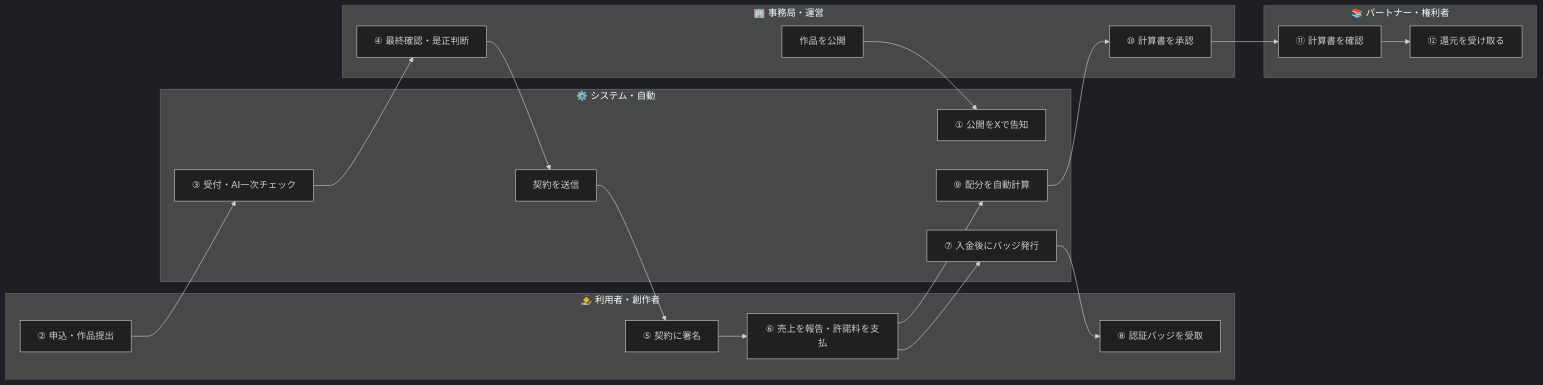
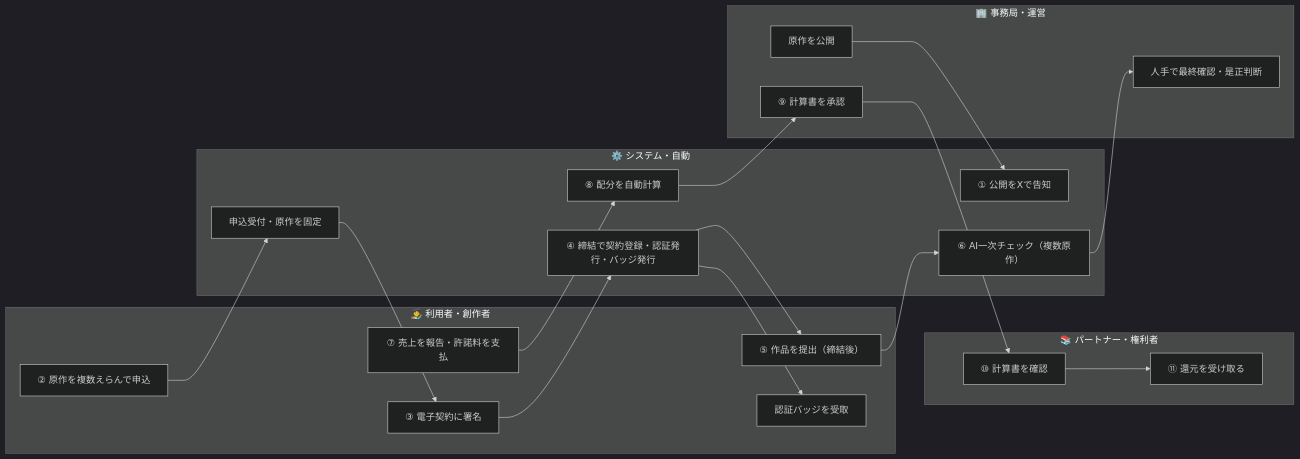
The first of 2 diagrams in docs/SPLL_役割説明資料_v0.1.md (tatsuyakuramchi/SPLL), drawn with Mermaid (dark theme) before and after one commit. The commit also changed other lines of this file and 3 other files, not shown here.

````diff
--- a/docs/SPLL_役割説明資料_v0.1.md
+++ b/docs/SPLL_役割説明資料_v0.1.md
@@ -25,28 +26,30 @@
 ```mermaid
 flowchart LR
   subgraph U["🧑‍🎨 利用者・創作者"]
-    A1["② 申込・作品提出"]
-    A2["⑤ 契約に署名"]
-    A3["⑥ 売上を報告・許諾料を支払"]
-    A9["⑧ 認証バッジを受取"]
+    A1["② 原作を複数えらんで申込"]
+    A2["③ 電子契約に署名"]
+    A4["⑤ 作品を提出（締結後）"]
+    A6["⑦ 売上を報告・許諾料を支払"]
+    A9["認証バッジを受取"]
   end
   subgraph S["⚙️ システム・自動"]
     B0["① 公開をXで告知"]
-    B1["③ 受付・AI一次チェック"]
-    B2["契約を送信"]
-    B7["⑦ 入金後にバッジ発行"]
-    B3["⑨ 配分を自動計算"]
+    B1["申込受付・原作を固定"]
+    B4["④ 締結で契約登録・認証発行・バッジ発行"]
+    B5["⑥ AI一次チェック（複数原作）"]
+    B3["⑧ 配分を自動計算"]
   end
   subgraph O["🏢 事務局・運営"]
-    C0["作品を公開"]
-    C1["④ 最終確認・是正判断"]
-    C3["⑩ 計算書を承認"]
+    C0["原作を公開"]
+    C1["人手で最終確認・是正判断"]
+    C3["⑨ 計算書を承認"]
   end
   subgraph P["📚 パートナー・権利者"]
-    D1["⑪ 計算書を確認"]
-    D2["⑫ 還元を受け取る"]
+    D1["⑩ 計算書を確認"]
+    D2["⑪ 還元を受け取る"]
   end
   C0 --> B0
-  A1 --> B1 --> C1 --> B2 --> A2 --> A3 --> B7 --> A9
-  A3 --> B3 --> C3 --> D1 --> D2
+  A1 --> B1 --> A2 --> B4 --> A4 --> B5 --> C1
+  B4 --> A9
+  A6 --> B3 --> C3 --> D1 --> D2
 ```
````
